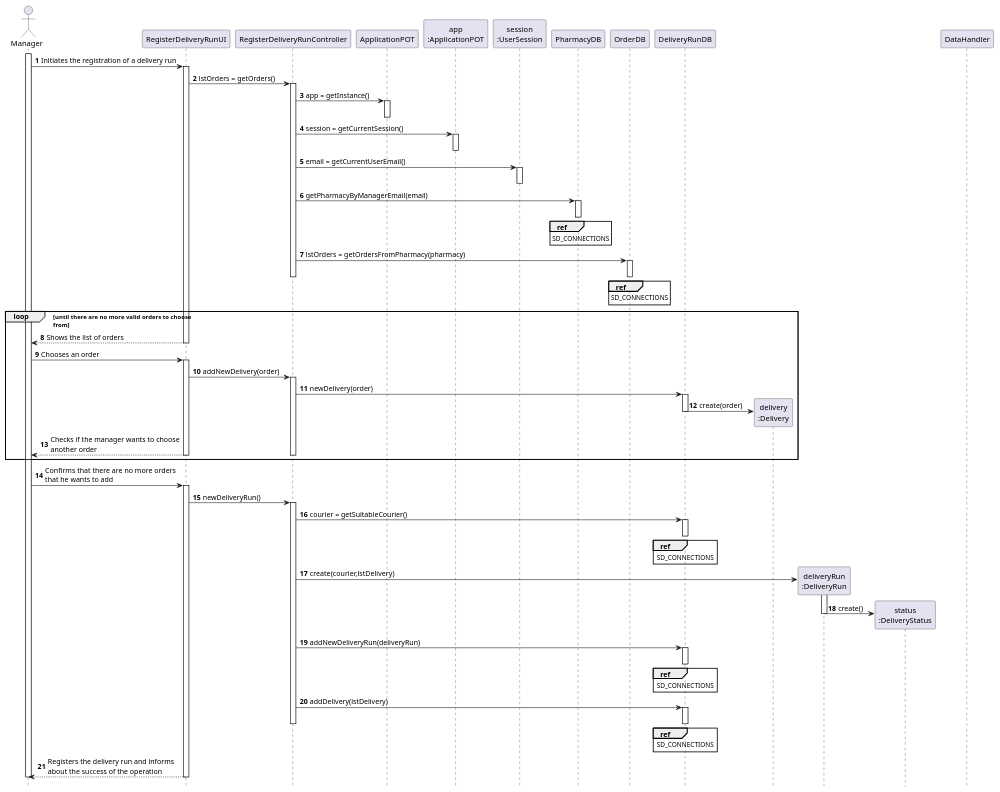
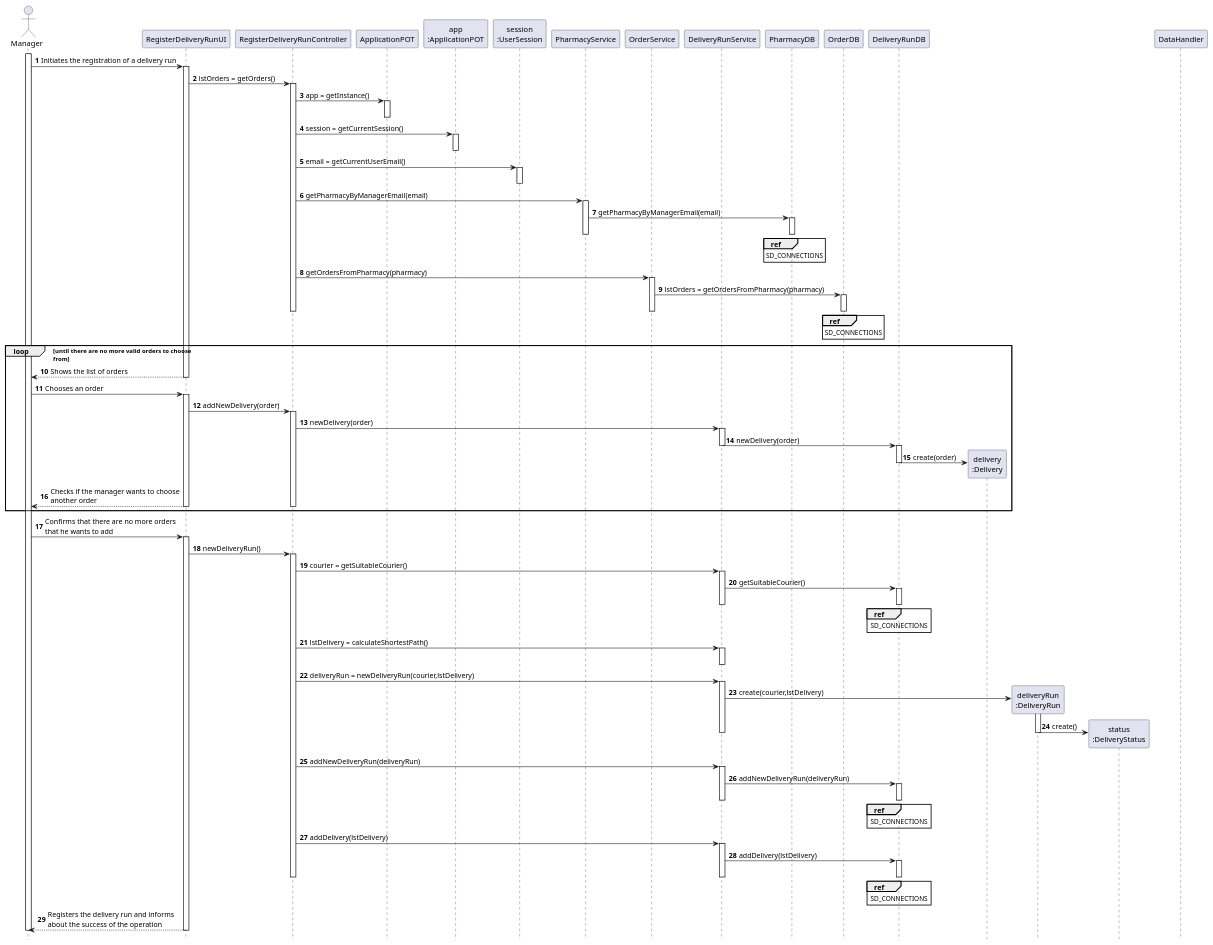
One commit to tiagoavcosta25/LAPR3 changed the diagram in docs/Iteration 2/Delivery Management/US206_RegisterDeliveryRun/US206_SD.puml. Above: the diagram before and after it, drawn with PlantUML. The commit also changed 10 other files, not shown here.

Commit message:
LAPR2AP2-219 #fixing Register Delivery Run [Design]

```diff
--- a/docs/Iteration 2/Delivery Management/US206_RegisterDeliveryRun/US206_SD.puml
+++ b/docs/Iteration 2/Delivery Management/US206_RegisterDeliveryRun/US206_SD.puml
@@ -1,131 +1,162 @@
 @startuml
 autonumber
 hide footbox
 
 actor "Manager" as U
 
 participant "RegisterDeliveryRunUI" as UI
 participant "RegisterDeliveryRunController" as CTRL
 participant "ApplicationPOT" as _APP
 participant "app\n:ApplicationPOT" as APP
 participant "session\n:UserSession" as SESSION
 
+participant "PharmacyService" as PS
+participant "OrderService" as OS
+participant "DeliveryRunService" as DRS
 participant "PharmacyDB" as PDB
 participant "OrderDB" as ODB
 participant "DeliveryRunDB" as DB
 participant "delivery\n:Delivery" as D
 participant "deliveryRun\n:DeliveryRun" as DR
 participant "status\n:DeliveryStatus" as DS
 
 
 participant "DataHandler" as DH
 
 activate U
 
 U -> UI : Initiates the registration of a delivery run
 activate UI
 
 UI -> CTRL : lstOrders = getOrders()
 activate CTRL
 CTRL -> _APP: app = getInstance()
 activate _APP
 deactivate _APP
 
 CTRL -> APP : session = getCurrentSession()
 activate APP
 deactivate APP
 
 CTRL -> SESSION: email = getCurrentUserEmail()
 activate SESSION
 deactivate SESSION
 
 
+CTRL -> PS : getPharmacyByManagerEmail(email)
+activate PS
+PS -> PDB : getPharmacyByManagerEmail(email)
+activate PDB
+deactivate PDB
+deactivate PS
 
-CTRL -> PDB : getPharmacyByManagerEmail(email)
-activate PDB
 ref over PDB
 SD_CONNECTIONS
 end ref
-deactivate PDB
 
 
+CTRL -> OS : getOrdersFromPharmacy(pharmacy)
+activate OS
+OS -> ODB : lstOrders = getOrdersFromPharmacy(pharmacy)
+activate ODB
+deactivate OS
 
-CTRL -> ODB : lstOrders = getOrdersFromPharmacy(pharmacy)
-activate ODB
 
 ref over ODB
 SD_CONNECTIONS
 end ref
 deactivate ODB
 deactivate CTRL
 
 
 loop until there are no more valid orders to choose\nfrom
 UI --> U: Shows the list of orders
 
 deactivate UI
 
 
 
 
 U -> UI : Chooses an order
 activate UI
 UI -> CTRL : addNewDelivery(order)
 activate CTRL
-CTRL -> DB : newDelivery(order)
+CTRL -> DRS : newDelivery(order)
+activate DRS
+DRS -> DB : newDelivery(order)
+deactivate DRS
 activate DB
 DB -> D** : create(order)
 deactivate DB
 
 UI --> U : Checks if the manager wants to choose\nanother order
 deactivate CTRL
 deactivate UI
 end
 
 
 U -> UI : Confirms that there are no more orders\nthat he wants to add
 
 activate UI
 
 UI -> CTRL : newDeliveryRun()
 
 activate CTRL
 
-CTRL -> DB : courier = getSuitableCourier()
+CTRL -> DRS : courier = getSuitableCourier()
+activate DRS
+DRS -> DB : getSuitableCourier()
 activate DB
+deactivate DB
+deactivate DRS
 
-deactivate DB
 ref over DB
 SD_CONNECTIONS
 end ref
-CTRL -> DR** : create(courier,lstDelivery)
+
+CTRL -> DRS : lstDelivery = calculateShortestPath()
+activate DRS
+deactivate DRS
+CTRL -> DRS : deliveryRun = newDeliveryRun(courier,lstDelivery)
+activate DRS
+DRS -> DR** : create(courier,lstDelivery)
 activate DR
+DR -> DS** : create()
+deactivate DRS
 
-DR -> DS** : create()
+
 
 deactivate DR
-CTRL -> DB : addNewDeliveryRun(deliveryRun)
+
+CTRL -> DRS : addNewDeliveryRun(deliveryRun)
+activate DRS
+DRS -> DB : addNewDeliveryRun(deliveryRun)
 activate DB
+deactivate DRS
 ref over DB
 SD_CONNECTIONS
 end ref
 deactivate DB
-CTRL -> DB : addDelivery(lstDelivery)
+
+CTRL -> DRS : addDelivery(lstDelivery)
+activate DRS
+DRS -> DB : addDelivery(lstDelivery)
 
 activate DB
 ref over DB
 SD_CONNECTIONS
 end ref
 deactivate DB
+deactivate DRS
 
 deactivate CTRL
 
 UI --> U : Registers the delivery run and informs\nabout the success of the operation
 deactivate UI
 
 
 
 deactivate U
 
 
 @enduml
```
